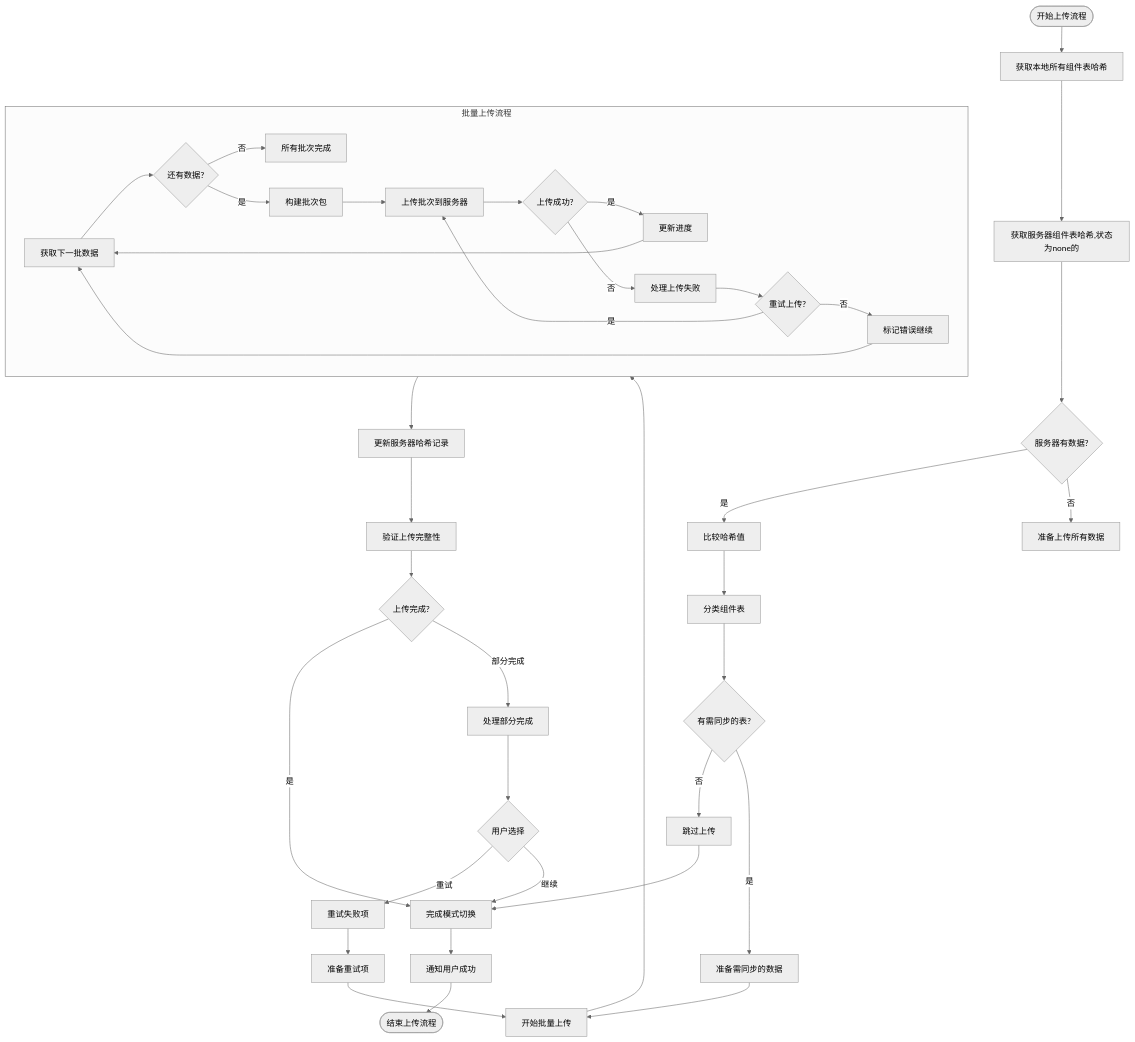
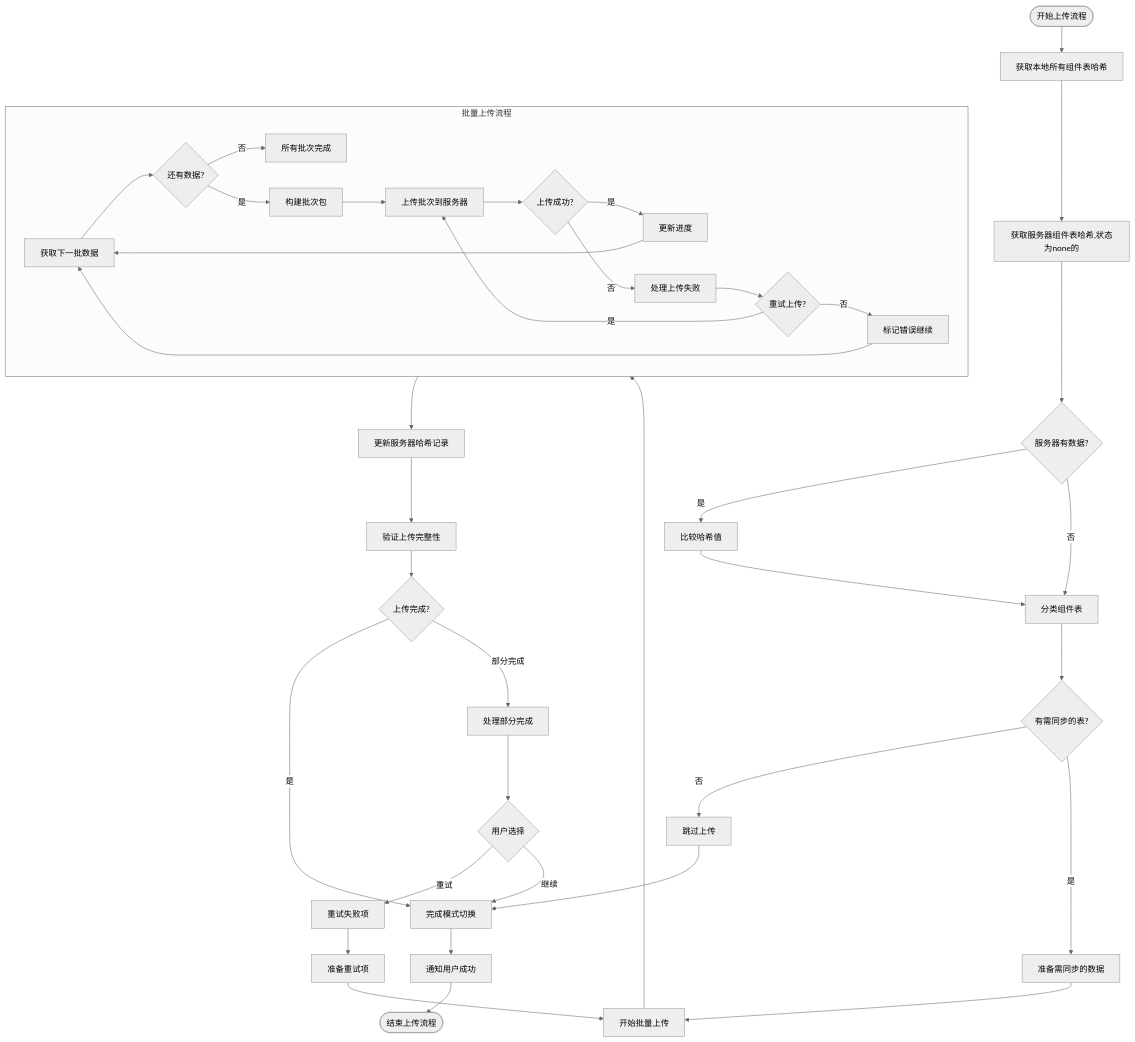
One commit to yingjianzh/iodraw-files changed the diagram in all/未命名-50.md. Above: the diagram before and after it, drawn with Mermaid (neutral theme).

Commit message:
2025-05-08 17:09:51 update

````diff
--- a/all/未命名-50.md
+++ b/all/未命名-50.md
@@ -1,55 +1,55 @@
 ```mermaid
 flowchart TD
     Start([开始上传流程]) --> CollectLocalHashes[获取本地所有组件表哈希]
     CollectLocalHashes --> FetchServerHashes[获取服务器组件表哈希,状态为none的]
     
     FetchServerHashes --> ServerHasData{服务器有数据?}
     
     ServerHasData -->|是| CompareHashes[比较哈希值]
-    ServerHasData -->|否| PrepareAllData[准备上传所有数据]
+    ServerHasData -->|否| ClassifyTables[准备上传所有数据]
     
     CompareHashes --> ClassifyTables[分类组件表]
     ClassifyTables --> HasChanges{有需同步的表?}
     
     HasChanges -->|否| SkipUpload[跳过上传]
     HasChanges -->|是| PrepareChangedData[准备需同步的数据]
     
     
     PrepareChangedData --> StartBatching[开始批量上传]
     
     subgraph BatchUpload [批量上传流程]
         B1[获取下一批数据] --> B2{还有数据?}
         B2 -->|否| BatchesComplete[所有批次完成]
         B2 -->|是| B3[构建批次包]
         B3 --> B4[上传批次到服务器]
         B4 --> B5{上传成功?}
         B5 -->|是| B6[更新进度]
         B5 -->|否| B7[处理上传失败]
         B7 --> B8{重试上传?}
         B8 -->|是| B4
         B8 -->|否| B9[标记错误继续]
         B6 --> B1
         B9 --> B1
     end
     
     StartBatching --> BatchUpload
     
     BatchUpload --> UpdateServerHashes[更新服务器哈希记录]
     UpdateServerHashes --> VerifyUpload[验证上传完整性]
     
     VerifyUpload --> UploadComplete{上传完成?}
     UploadComplete -->|是| FinalizeMode[完成模式切换]
     UploadComplete -->|部分完成| HandlePartial[处理部分完成]
     
     HandlePartial --> UserChoice{用户选择}
     UserChoice -->|重试| RetryFailed[重试失败项]
     UserChoice -->|继续| FinalizeMode
     
     RetryFailed --> PrepareRetry[准备重试项]
     PrepareRetry --> StartBatching
     
     FinalizeMode --> NotifySuccess[通知用户成功]
     NotifySuccess --> End([结束上传流程])
     
     SkipUpload --> FinalizeMode
 ```
````
